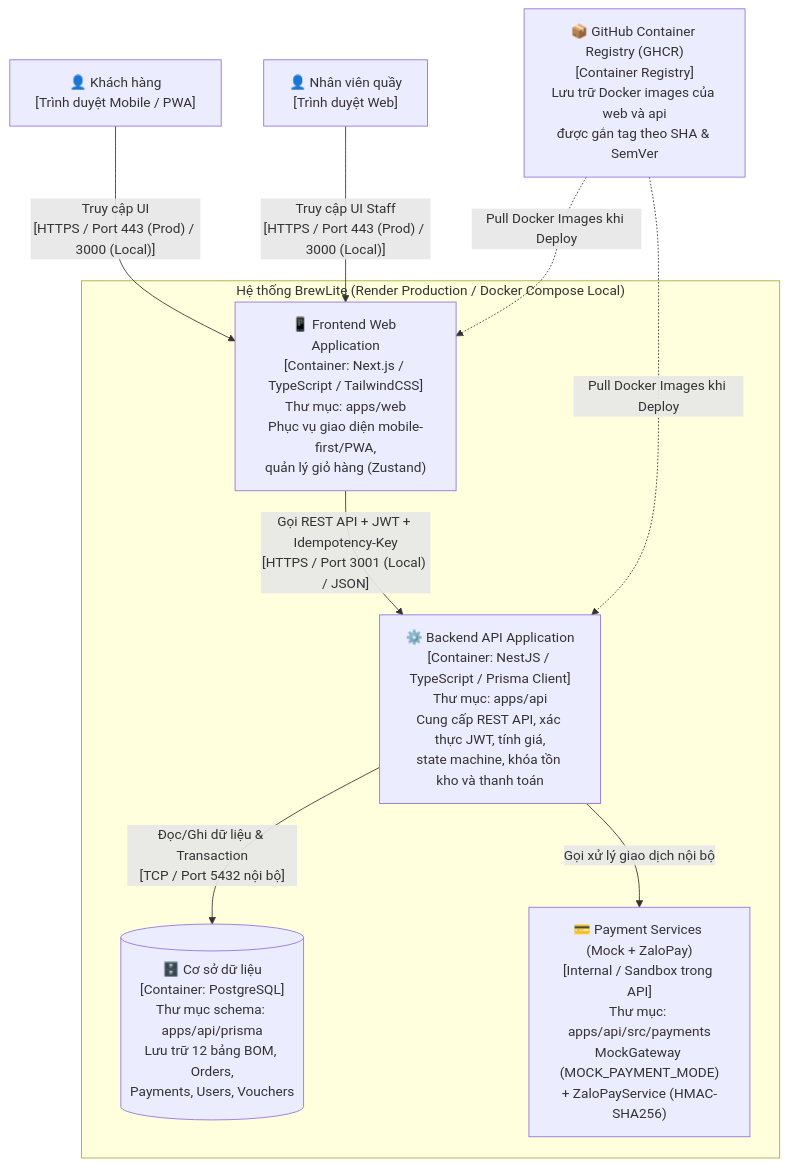
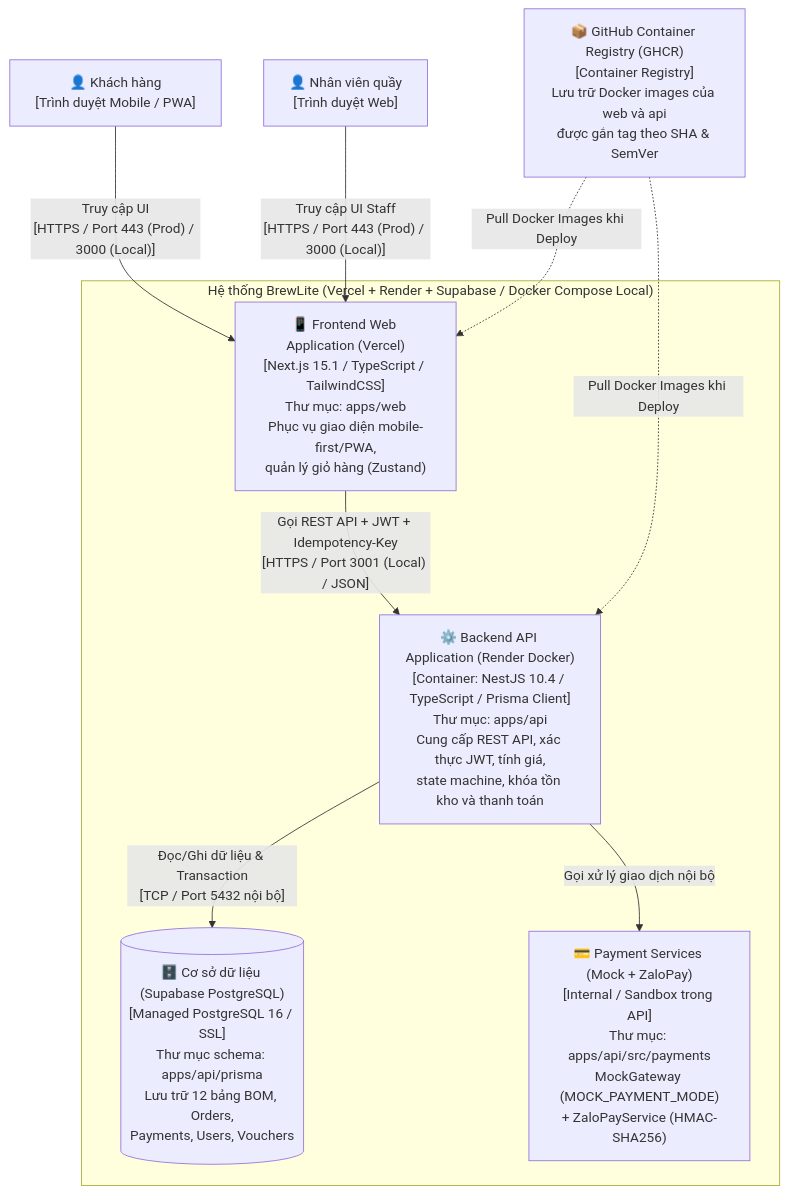
One commit to MaGiaVy/BrewLite_project changed the second of 2 diagrams in docs/architecture/architecture.md. Above: the diagram before and after it, drawn with Mermaid. The commit also changed other lines of this file and 2 other files, not shown here.

Commit message:
docs(task-3.1): update architecture, ADR-003, and traceability matrix NFR-05

````diff
--- a/docs/architecture/architecture.md
+++ b/docs/architecture/architecture.md
@@ -44,25 +44,25 @@
 ```mermaid
 flowchart TB
     Customer["👤 Khách hàng<br/>[Trình duyệt Mobile / PWA]"]
     Staff["👤 Nhân viên quầy<br/>[Trình duyệt Web]"]
 
-    subgraph BrewLiteSystem["Hệ thống BrewLite (Render Production / Docker Compose Local)"]
-        WebApp["📱 Frontend Web Application<br/>[Container: Next.js / TypeScript / TailwindCSS]<br/>Thư mục: apps/web<br/>Phục vụ giao diện mobile-first/PWA,<br/>quản lý giỏ hàng (Zustand)"]
+    subgraph BrewLiteSystem["Hệ thống BrewLite (Vercel + Render + Supabase / Docker Compose Local)"]
+        WebApp["📱 Frontend Web Application (Vercel)<br/>[Next.js 15.1 / TypeScript / TailwindCSS]<br/>Thư mục: apps/web<br/>Phục vụ giao diện mobile-first/PWA,<br/>quản lý giỏ hàng (Zustand)"]
 
-        ApiApp["⚙️ Backend API Application<br/>[Container: NestJS / TypeScript / Prisma Client]<br/>Thư mục: apps/api<br/>Cung cấp REST API, xác thực JWT, tính giá,<br/>state machine, khóa tồn kho và thanh toán"]
+        ApiApp["⚙️ Backend API Application (Render Docker)<br/>[Container: NestJS 10.4 / TypeScript / Prisma Client]<br/>Thư mục: apps/api<br/>Cung cấp REST API, xác thực JWT, tính giá,<br/>state machine, khóa tồn kho và thanh toán"]
 
-        Database[("🗄️ Cơ sở dữ liệu<br/>[Container: PostgreSQL]<br/>Thư mục schema: apps/api/prisma<br/>Lưu trữ 12 bảng BOM, Orders,<br/>Payments, Users, Vouchers")]
+        Database[("🗄️ Cơ sở dữ liệu (Supabase PostgreSQL)<br/>[Managed PostgreSQL 16 / SSL]<br/>Thư mục schema: apps/api/prisma<br/>Lưu trữ 12 bảng BOM, Orders,<br/>Payments, Users, Vouchers")]
 
         MockGateway["💳 Payment Services (Mock + ZaloPay)<br/>[Internal / Sandbox trong API]<br/>Thư mục: apps/api/src/payments<br/>MockGateway (MOCK_PAYMENT_MODE)<br/>+ ZaloPayService (HMAC-SHA256)"]
     end
 
     GHCR["📦 GitHub Container Registry (GHCR)<br/>[Container Registry]<br/>Lưu trữ Docker images của web và api<br/>được gắn tag theo SHA & SemVer"]
 
     Customer -->|"Truy cập UI<br/>[HTTPS / Port 443 (Prod) / 3000 (Local)]"| WebApp
     Staff -->|"Truy cập UI Staff<br/>[HTTPS / Port 443 (Prod) / 3000 (Local)]"| WebApp
     WebApp -->|"Gọi REST API + JWT + Idempotency-Key<br/>[HTTPS / Port 3001 (Local) / JSON]"| ApiApp
     ApiApp -->|"Đọc/Ghi dữ liệu & Transaction<br/>[TCP / Port 5432 nội bộ]"| Database
     ApiApp -->|"Gọi xử lý giao dịch nội bộ"| MockGateway
     GHCR -.->|"Pull Docker Images khi Deploy"| WebApp
     GHCR -.->|"Pull Docker Images khi Deploy"| ApiApp
 ```
````
